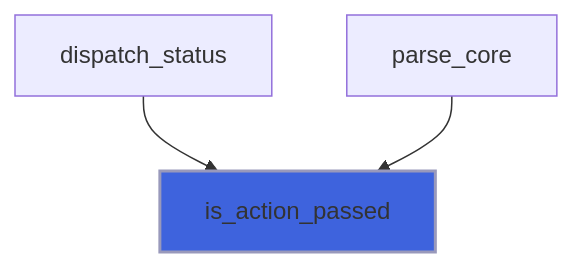
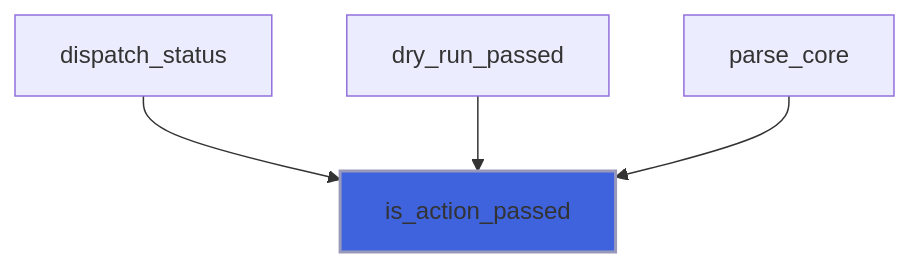
Diagram 36 of 43 in docs/api/src/lib/flap_command_line_arguments_group_t.md (szaghi/FLAP), drawn with Mermaid before and after one commit. The commit also changed 10 other files, not shown here.

First line of the commit message:
feat(cli): dry-run option

````diff
--- a/docs/api/src/lib/flap_command_line_arguments_group_t.md
+++ b/docs/api/src/lib/flap_command_line_arguments_group_t.md
@@ -1355,6 +1355,7 @@
 ```mermaid
 flowchart TD
   dispatch_status["dispatch_status"] --> is_action_passed["is_action_passed"]
+  dry_run_passed["dry_run_passed"] --> is_action_passed["is_action_passed"]
   parse_core["parse_core"] --> is_action_passed["is_action_passed"]
   style is_action_passed fill:#3e63dd,stroke:#99b,stroke-width:2px
 ```
````
